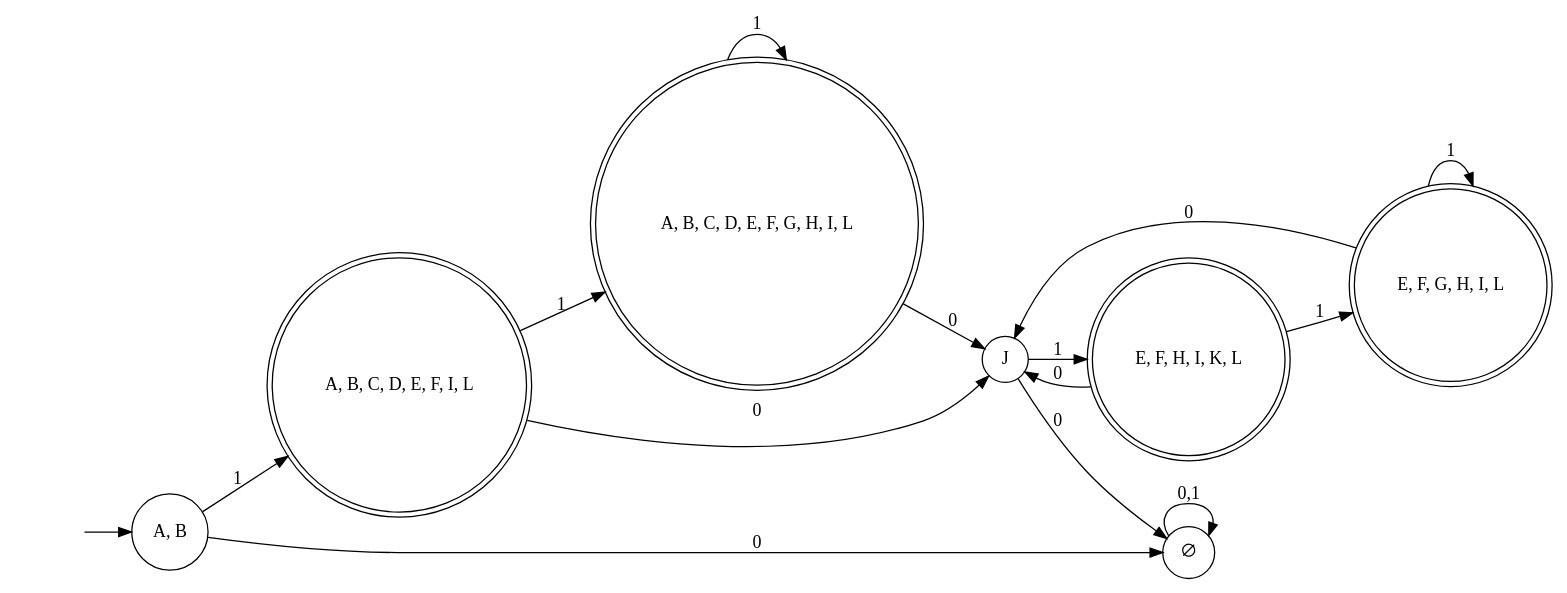
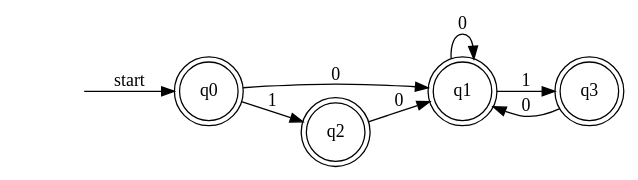
One commit to xy3xy3/CompilerTheoryAssignment changed the diagram in Theory/3/2.dot. Above: the diagram before and after it, drawn with Graphviz. The commit also changed 4 other files, not shown here.

```diff
--- a/Theory/3/2.dot
+++ b/Theory/3/2.dot
@@ -1,38 +1,26 @@
 digraph DFA {
   rankdir=LR;
+  node [shape = circle];
 
-  // 定义状态（双圈表示接受状态）
-  node [shape = circle];
-  S0 [label="A, B"];
-  S1 [label="A, B, C, D, E, F, I, L", shape=doublecircle];
-  S2 [label="J"];
-  S3 [label="A, B, C, D, E, F, G, H, I, L", shape=doublecircle];
-  S4 [label="E, F, H, I, K, L", shape=doublecircle];
-  S5 [label="E, F, G, H, I, L", shape=doublecircle];
-  S_dead [label="∅"];
+  // 定义状态，带双圆的为接受状态
+  start [shape=none, label=""];
+  q0 [label="q0", shape=doublecircle];
+  q1 [label="q1", shape=doublecircle];
+  q2 [label="q2", shape=doublecircle];
+  q3 [label="q3", shape=doublecircle];
 
-  // 初始状态指向 S0
-  start [shape=none, label=""];
-  start -> S0;
+  // 初始状态指向q0
+  start -> q0 [label="start"];
 
-  // 转移边
-  S0 -> S_dead [label="0"];
-  S0 -> S1 [label="1"];
+  // 转移函数
+  q0 -> q1 [label="0"];
+  q0 -> q2 [label="1"];
 
-  S1 -> S2 [label="0"];
-  S1 -> S3 [label="1"];
+  q1 -> q1 [label="0"];
+  q1 -> q3 [label="1"];
 
-  S2 -> S_dead [label="0"];
-  S2 -> S4 [label="1"];
+  q2 -> q1 [label="0"];
+  q3 -> q1 [label="0"];
 
-  S3 -> S2 [label="0"];
-  S3 -> S3 [label="1"];
 
-  S4 -> S2 [label="0"];
-  S4 -> S5 [label="1"];
-
-  S5 -> S2 [label="0"];
-  S5 -> S5 [label="1"];
-
-  S_dead -> S_dead [label="0,1"];
 }
```
